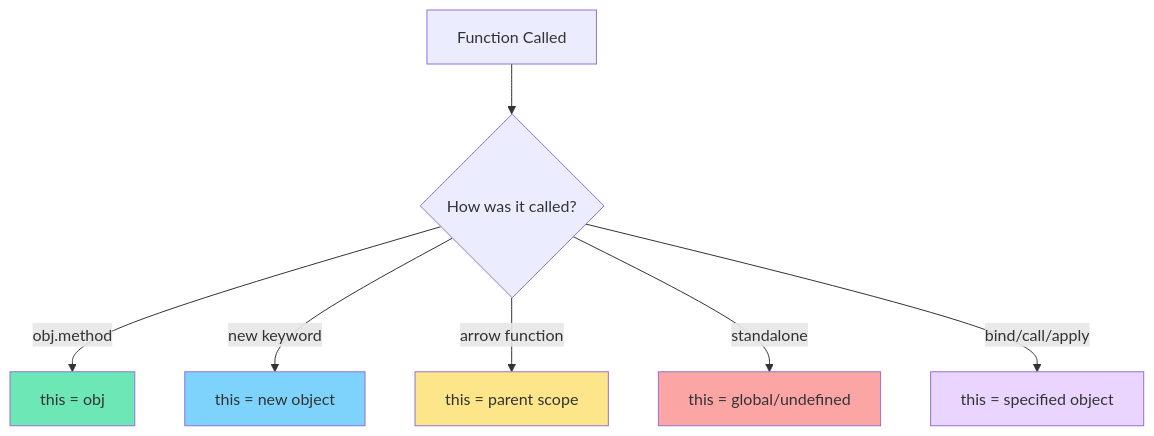
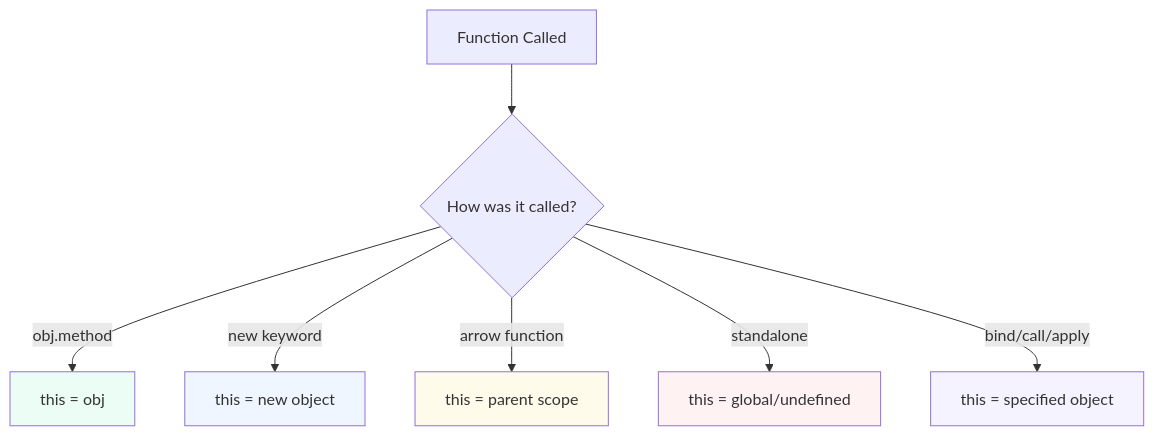
The diagram in javascript/this_keyword/README.md (upasanaprabhakar/web-dev-handbook), drawn with Mermaid before and after one commit.

Commit message:
this keyword topic with examples

````diff
--- a/javascript/this_keyword/README.md
+++ b/javascript/this_keyword/README.md
@@ -97,16 +97,17 @@
 ```mermaid
 graph TD
     A[Function Called] --> B{How was it called?}
     B -->|obj.method| C[this = obj]
     B -->|new keyword| D[this = new object]
     B -->|arrow function| E[this = parent scope]
     B -->|standalone| F[this = global/undefined]
     B -->|bind/call/apply| G[this = specified object]
     
-    style C fill:#6EE7B7
-    style D fill:#7DD3FC
-    style E fill:#FDE68A
-    style F fill:#FCA5A5
-    style G fill:#E9D5FF
+    style C fill:#ECFDF5
+    style D fill:#EFF6FF
+    style E fill:#FFFBEB
+    style F fill:#FEF2F2
+    style G fill:#F5F3FF
+
 
 ```
````
